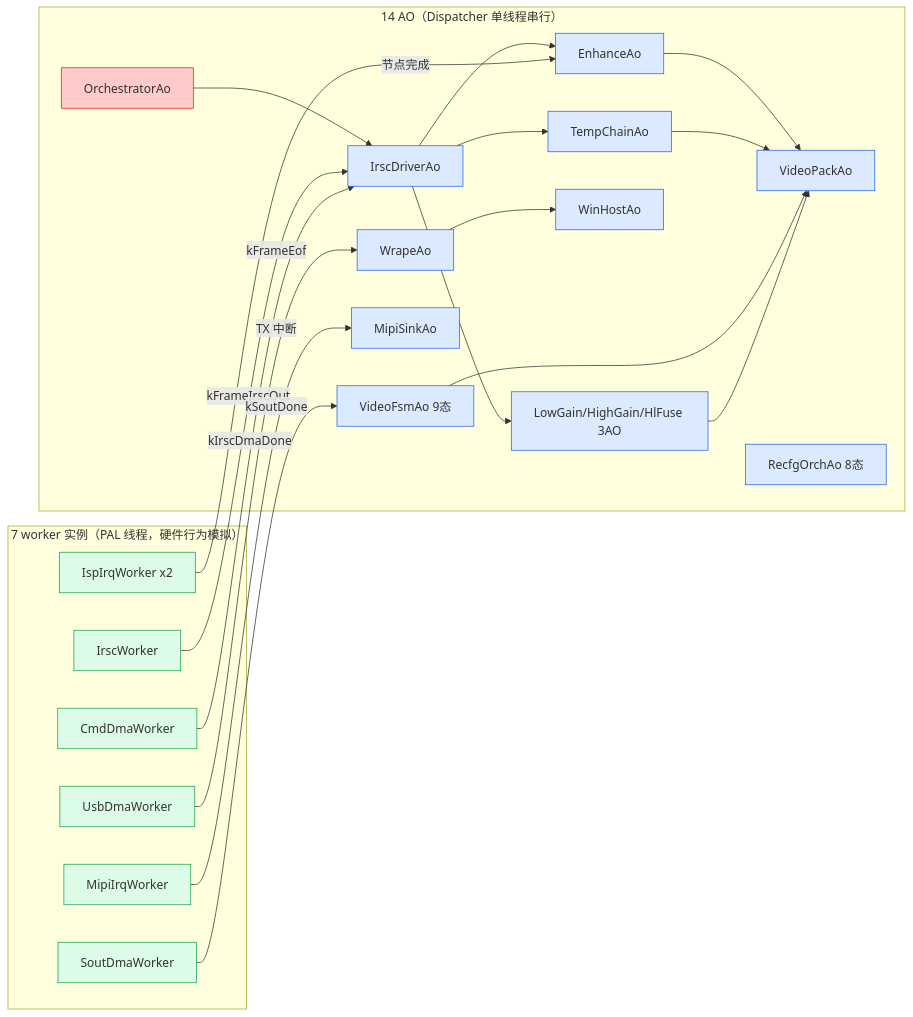
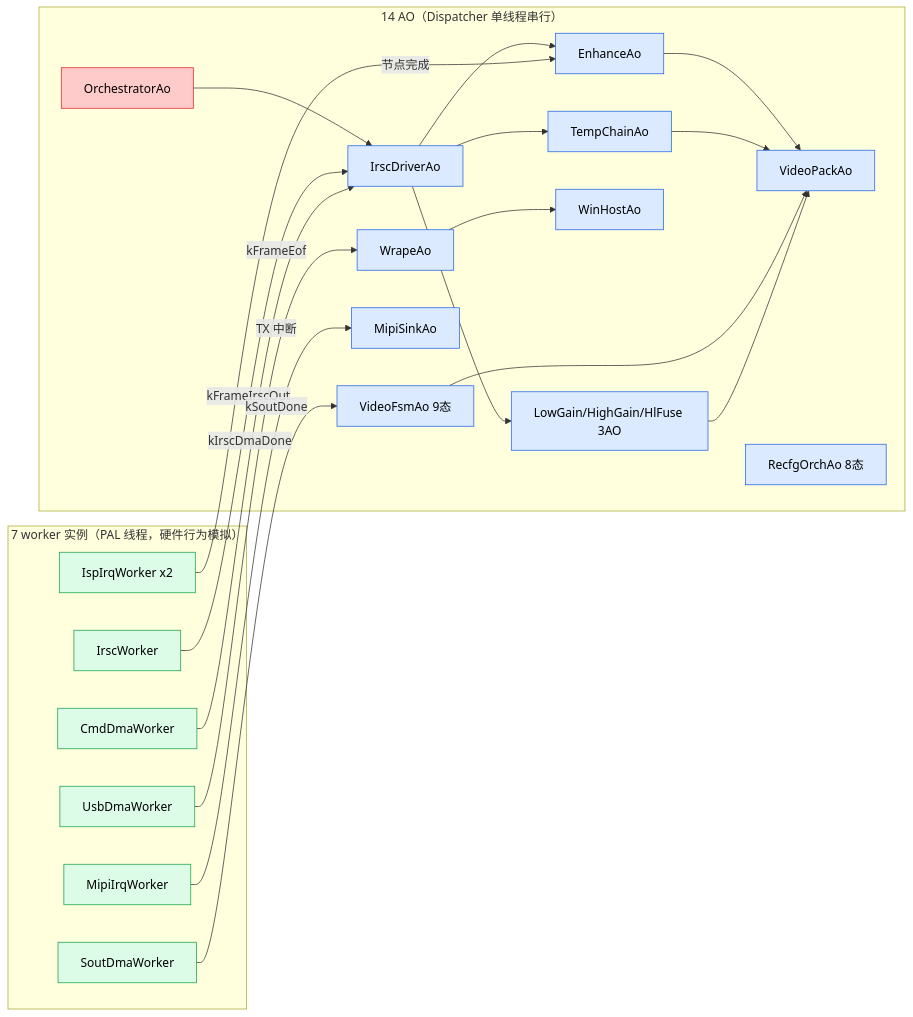
The diagram in examples/isp_pipeline/README.md (DeguiLiu/coact), drawn with Mermaid before and after one commit.

Commit message:
story-docs(dm): black text for topology diagram nodes

````diff
--- a/examples/isp_pipeline/README.md
+++ b/examples/isp_pipeline/README.md
@@ -30,25 +30,25 @@
 ```mermaid
 flowchart LR
     subgraph AOL["14 AO（Dispatcher 单线程串行）"]
         ORCH["OrchestratorAo"]:::high --> IRSC["IrscDriverAo"]:::n
         IRSC --> ENH["EnhanceAo"]:::n --> PACK["VideoPackAo"]:::n
         IRSC --> TPD["TempChainAo"]:::n --> PACK
         FSM["VideoFsmAo 9态"]:::n --> PACK
         WRAP["WrapeAo"]:::n --> HOST["WinHostAo"]:::n
         MIPI["MipiSinkAo"]:::n
         RECFG["RecfgOrchAo 8态"]:::n
         GAIN["LowGain/HighGain/HlFuse 3AO"]:::n
         IRSC --> GAIN --> PACK
     end
     subgraph WL["7 worker 实例（PAL 线程，硬件行为模拟）"]
         W1["IrscWorker"]:::w -->|"kFrameIrscOut"| IRSC
         W2["UsbDmaWorker"]:::w -->|"kFrameEof"| WRAP
         W3["CmdDmaWorker"]:::w -->|"kIrscDmaDone"| IRSC
         W4["IspIrqWorker x2"]:::w -->|"节点完成"| ENH
         W5["SoutDmaWorker"]:::w -->|"kSoutDone"| FSM
         W6["MipiIrqWorker"]:::w -->|"TX 中断"| MIPI
     end
-    classDef high fill:#fecaca,stroke:#dc2626
-    classDef n fill:#dbeafe,stroke:#2563eb
-    classDef w fill:#dcfce7,stroke:#16a34a
+    classDef high fill:#fecaca,stroke:#dc2626,color:#000000
+    classDef n fill:#dbeafe,stroke:#2563eb,color:#000000
+    classDef w fill:#dcfce7,stroke:#16a34a,color:#000000
 ```
````
